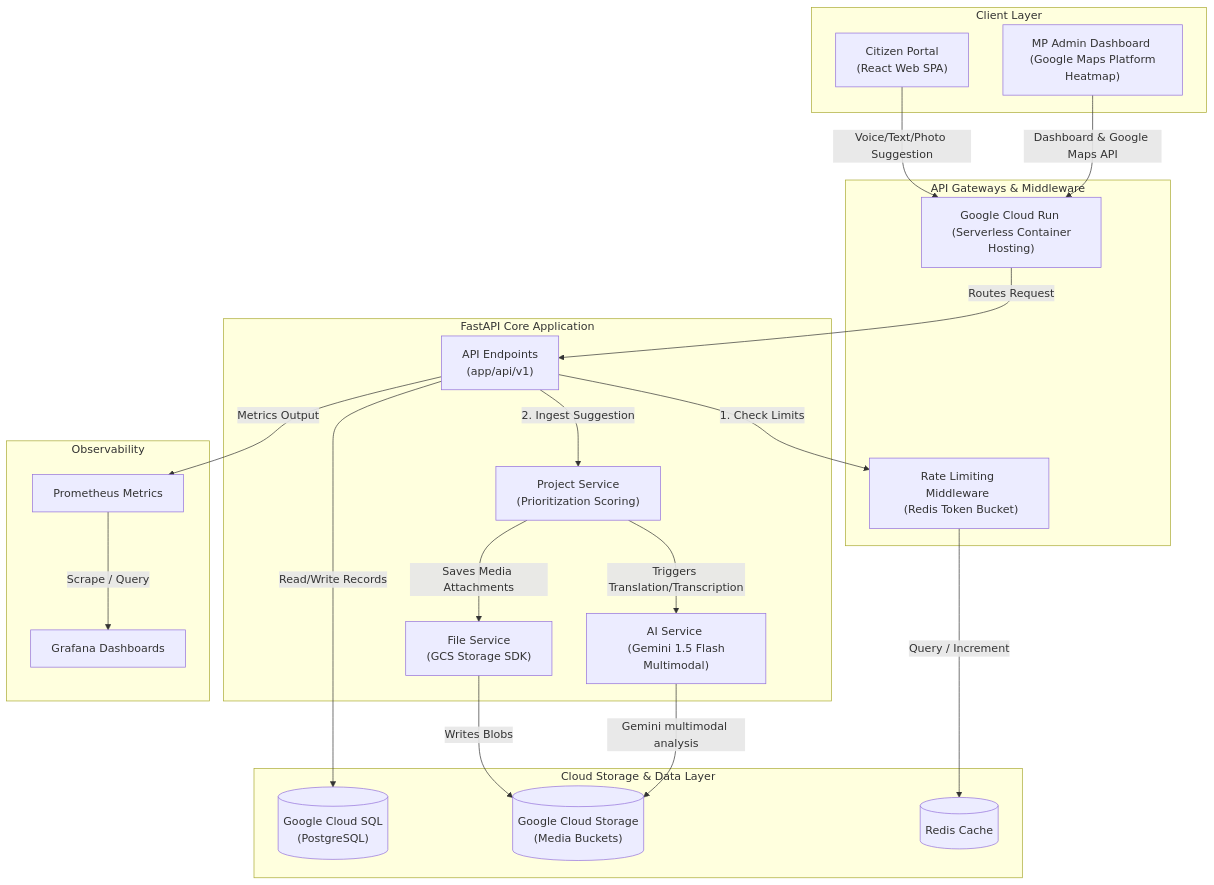
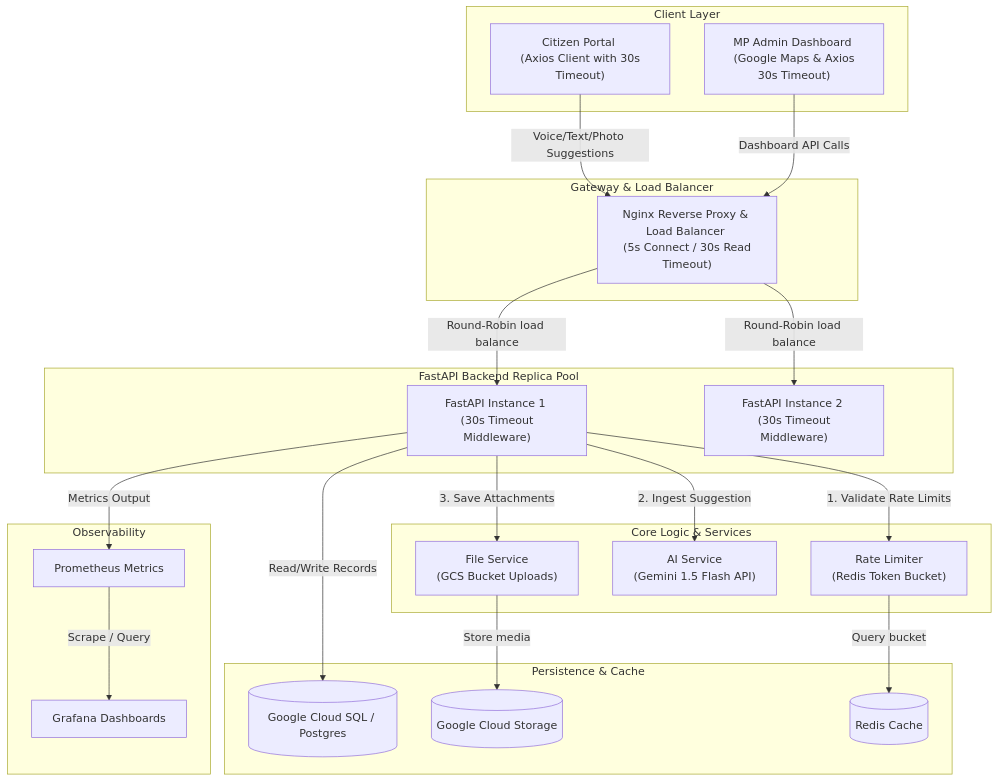
The diagram in README.md (Nandanhs006/Civic-Pulse), drawn with Mermaid before and after one commit. The commit also changed other lines of this file and 1 other file, not shown here.

Commit message:
Readme update

````diff
--- a/README.md
+++ b/README.md
@@ -22,49 +22,52 @@
 ```mermaid
 graph TB
     subgraph Client Layer
-        Citizen["Citizen Portal <br/> (React Web SPA)"]
-        Admin["MP Admin Dashboard <br/> (Google Maps Platform Heatmap)"]
+        Citizen["Citizen Portal <br/> (Axios Client with 30s Timeout)"]
+        Admin["MP Admin Dashboard <br/> (Google Maps & Axios 30s Timeout)"]
     end
 
-    subgraph API Gateways & Middleware
-        CloudRun["Google Cloud Run <br/> (Serverless Container Hosting)"]
-        Limiter["Rate Limiting Middleware <br/> (Redis Token Bucket)"]
+    subgraph Gateway & Load Balancer
+        Nginx["Nginx Reverse Proxy & Load Balancer <br/> (5s Connect / 30s Read Timeout)"]
     end
 
-    subgraph FastAPI Core Application
-        API["API Endpoints <br/> (app/api/v1)"]
-        AIService["AI Service <br/> (Gemini 1.5 Flash Multimodal)"]
-        FileService["File Service <br/> (GCS Storage SDK)"]
-        ProjService["Project Service <br/> (Prioritization Scoring)"]
+    subgraph FastAPI Backend Replica Pool
+        FastAPI1["FastAPI Instance 1 <br/> (30s Timeout Middleware)"]
+        FastAPI2["FastAPI Instance 2 <br/> (30s Timeout Middleware)"]
     end
 
-    subgraph Cloud Storage & Data Layer
-        CloudSQL[("Google Cloud SQL <br/> (PostgreSQL)")]
-        GCS[("Google Cloud Storage <br/> (Media Buckets)")]
+    subgraph Core Logic & Services
+        Limiter["Rate Limiter <br/> (Redis Token Bucket)"]
+        AIService["AI Service <br/> (Gemini 1.5 Flash API)"]
+        FileService["File Service <br/> (GCS Bucket Uploads)"]
+    end
+
+    subgraph Persistence & Cache
+        CloudSQL[("Google Cloud SQL / Postgres")]
+        GCS[("Google Cloud Storage")]
         Cache[("Redis Cache")]
     end
 
     subgraph Observability
         Prom["Prometheus Metrics"]
         Grafana["Grafana Dashboards"]
     end
 
     %% Routing connections
-    Citizen -->|Voice/Text/Photo Suggestion| CloudRun
-    Admin -->|Dashboard & Google Maps API| CloudRun
+    Citizen -->|Voice/Text/Photo Suggestions| Nginx
+    Admin -->|Dashboard API Calls| Nginx
     
-    CloudRun -->|Routes Request| API
-    API -->|1. Check Limits| Limiter
-    Limiter -->|Query / Increment| Cache
+    Nginx -->|Round-Robin load balance| FastAPI1
+    Nginx -->|Round-Robin load balance| FastAPI2
     
-    API -->|2. Ingest Suggestion| ProjService
-    ProjService -->|Triggers Translation/Transcription| AIService
-    ProjService -->|Saves Media Attachments| FileService
+    FastAPI1 -->|1. Validate Rate Limits| Limiter
+    Limiter -->|Query bucket| Cache
     
-    FileService -->|Writes Blobs| GCS
-    AIService -->|Gemini multimodal analysis| GCS
-    API -->|Read/Write Records| CloudSQL
+    FastAPI1 -->|2. Ingest Suggestion| AIService
+    FastAPI1 -->|3. Save Attachments| FileService
     
-    API -->|Metrics Output| Prom
+    FileService -->|Store media| GCS
+    FastAPI1 -->|Read/Write Records| CloudSQL
+    
+    FastAPI1 -->|Metrics Output| Prom
     Prom -->|Scrape / Query| Grafana
 ```
````
